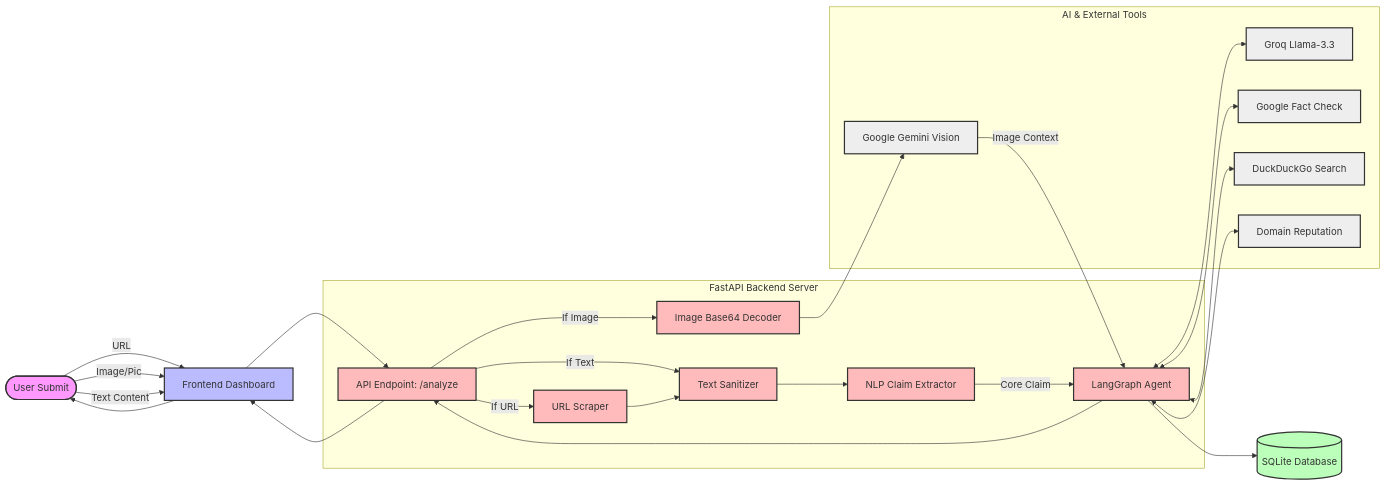
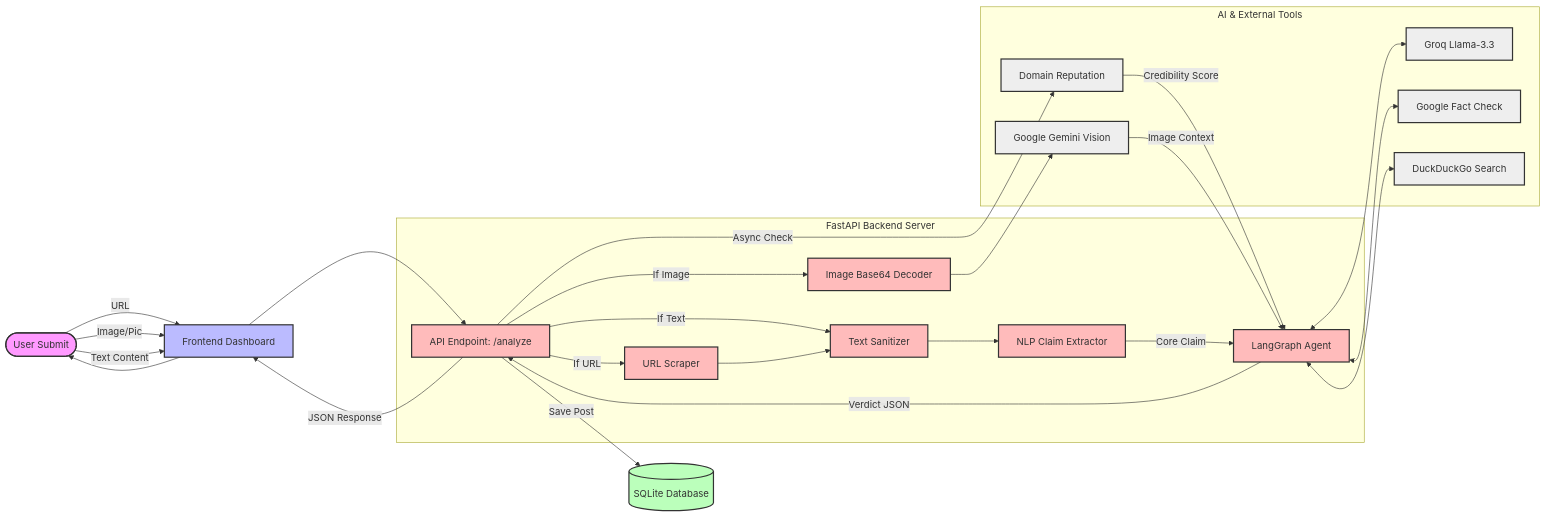
Before and after one commit to Sanjeev2004/MisInformation_Analysis_System: the diagram in README.md, drawn with Mermaid.

Commit message:
docs: fix discrepancies in architecture diagram

````diff
--- a/README.md
+++ b/README.md
@@ -22,67 +22,68 @@
 ```mermaid
 graph LR
     %% Styling
     classDef user fill:#f9f,stroke:#333,stroke-width:2px;
     classDef frontend fill:#bbf,stroke:#333,stroke-width:2px;
     classDef backend fill:#fbb,stroke:#333,stroke-width:2px;
     classDef database fill:#bfb,stroke:#333,stroke-width:2px;
     classDef external fill:#eee,stroke:#333,stroke-width:2px;
 
     %% Nodes
     User([User Submit]):::user
     UI[Frontend Dashboard]:::frontend
 
     subgraph Backend[FastAPI Backend Server]
         API[API Endpoint: /analyze]:::backend
         
         %% Three distinct pipelines
         Scraper[URL Scraper]:::backend
         Vision[Image Base64 Decoder]:::backend
         TextClean[Text Sanitizer]:::backend
         
         Extract[NLP Claim Extractor]:::backend
         Agent[LangGraph Agent]:::backend
     end
 
     subgraph Ext[AI & External Tools]
         GeminiVision[Google Gemini Vision]:::external
         LLM[Groq Llama-3.3]:::external
         FactCheck[Google Fact Check]:::external
         WebSearch[DuckDuckGo Search]:::external
         DomainRep[Domain Reputation]:::external
     end
 
     DB[(SQLite Database)]:::database
 
     %% Input Flow
     User -->|URL| UI
     User -->|Image/Pic| UI
     User -->|Text Content| UI
     
     UI --> API
     
     %% Split Pipelines
     API -->|If URL| Scraper
     API -->|If Image| Vision
     API -->|If Text| TextClean
+    API -->|Async Check| DomainRep
     
     Scraper --> TextClean
+    DomainRep -->|Credibility Score| Agent
     
     Vision --> GeminiVision
     GeminiVision -->|Image Context| Agent
     
     TextClean --> Extract
     Extract -->|Core Claim| Agent
     
     %% Agentic Loop
     Agent <--> LLM
     Agent <--> FactCheck
     Agent <--> WebSearch
-    Agent <--> DomainRep
 
     %% Finalization
-    Agent --> DB
-    Agent --> API
-    API --> UI
+    Agent -->|Verdict JSON| API
+    API -->|Save Post| DB
+    API -->|JSON Response| UI
     UI --> User
 ```
````
